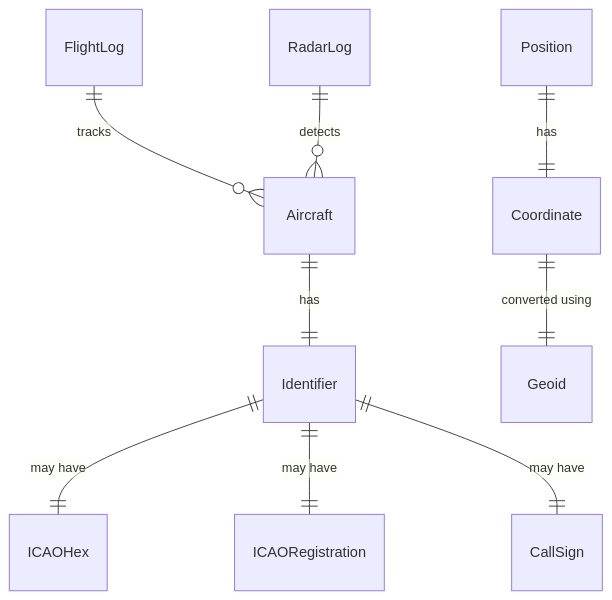
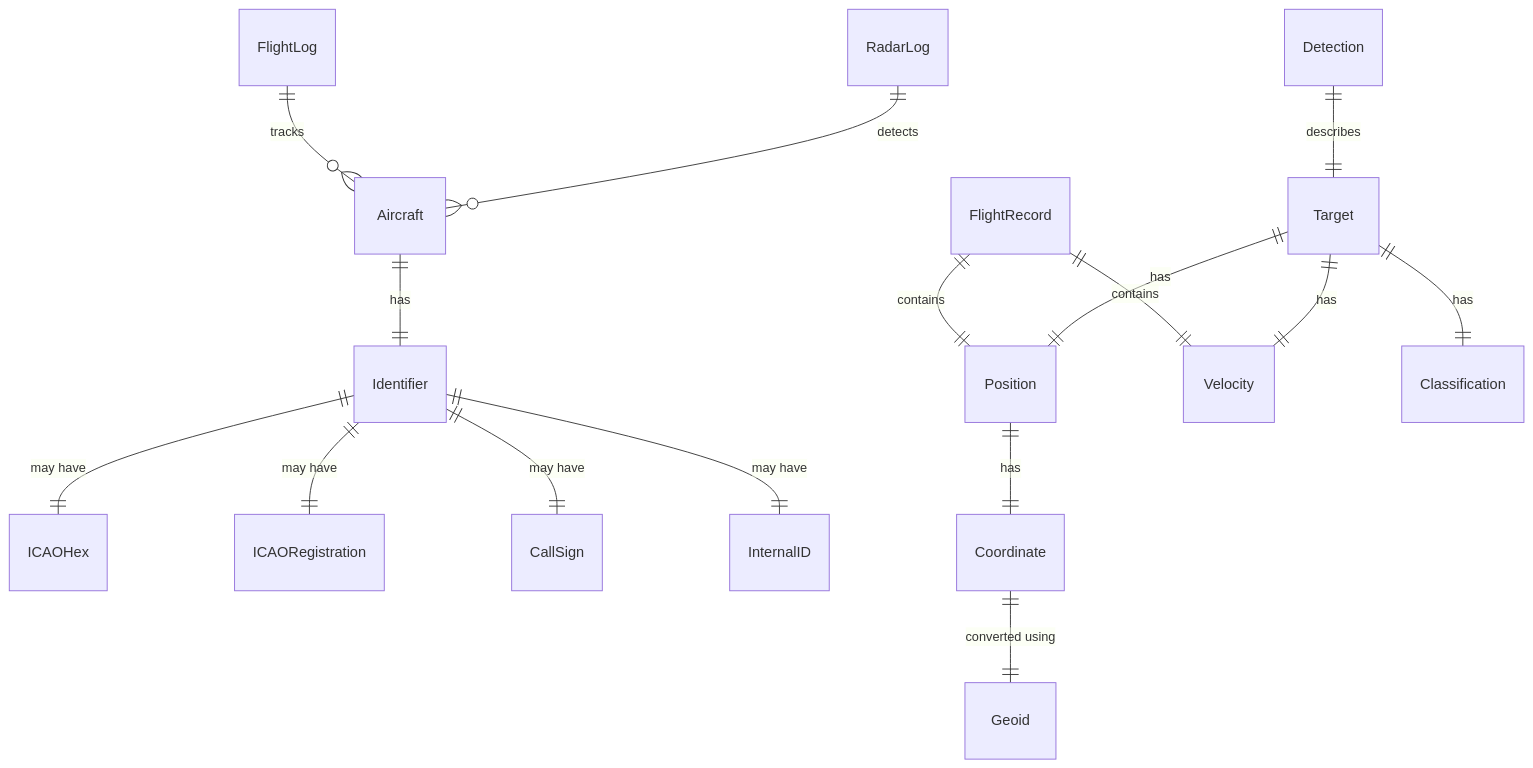
One commit to flyvercity/fvctools changed the third of 3 diagrams in openwiki/domain/formats.md. Above: the diagram before and after it, drawn with Mermaid. The commit also changed other lines of this file and 32 other files, not shown here.

````diff
--- a/openwiki/domain/formats.md
+++ b/openwiki/domain/formats.md
@@ -608,11 +734,18 @@
 ```mermaid
 erDiagram
     FlightLog ||--o{ Aircraft : "tracks"
     RadarLog ||--o{ Aircraft : "detects"
     Aircraft ||--|| Identifier : "has"
     Identifier ||--|| ICAOHex : "may have"
     Identifier ||--|| ICAORegistration : "may have"
     Identifier ||--|| CallSign : "may have"
+    Identifier ||--|| InternalID : "may have"
     Position ||--|| Coordinate : "has"
     Coordinate ||--|| Geoid : "converted using"
+    FlightRecord ||--|| Position : "contains"
+    FlightRecord ||--|| Velocity : "contains"
+    Detection ||--|| Target : "describes"
+    Target ||--|| Position : "has"
+    Target ||--|| Velocity : "has"
+    Target ||--|| Classification : "has"
 ```
````
